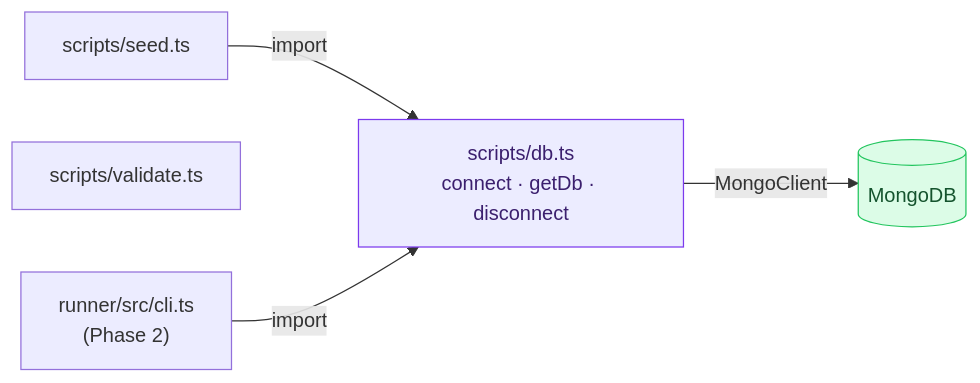
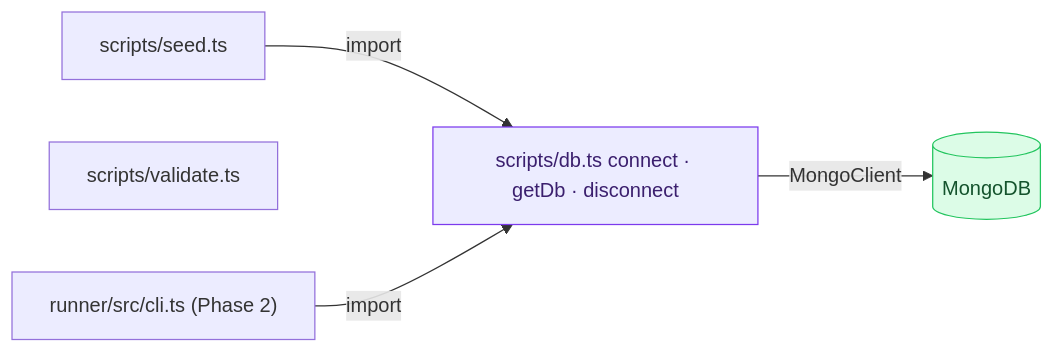
The sixth of 12 diagrams in docs/strategy/0-roadmap.md (Univers42/QA), drawn with Mermaid before and after one commit. The commit also changed other lines of this file and 2 other files, not shown here.

````diff
--- a/docs/strategy/0-roadmap.md
+++ b/docs/strategy/0-roadmap.md
@@ -187,10 +187,10 @@
 ```mermaid
 graph LR
-    SEED["scripts/seed.ts"]-->|"import"| DB["scripts/db.ts\nconnect · getDb · disconnect"]
+    SEED["scripts/seed.ts"]-->|"import"| DB["scripts/db.ts connect · getDb · disconnect"]
     VAL["scripts/validate.ts"]
-    CLI["runner/src/cli.ts\n(Phase 2)"]-->|"import"| DB
+    CLI["runner/src/cli.ts (Phase 2)"]-->|"import"| DB
     DB -->|"MongoClient"| MONGO[("MongoDB")]
 
     style DB fill:#ede9ve,stroke:#7c3aed,color:#3b1f6e
     style MONGO fill:#dcfce7,stroke:#22c55e,color:#14532d
 ```
````
